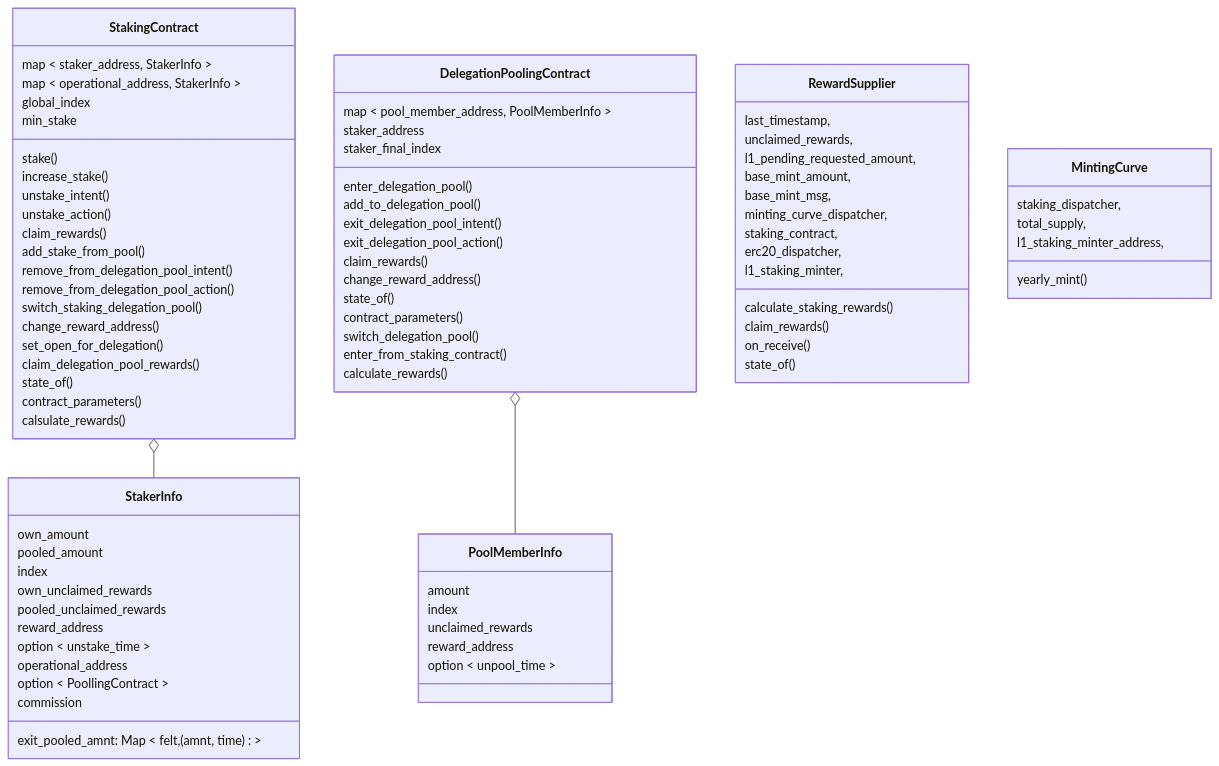
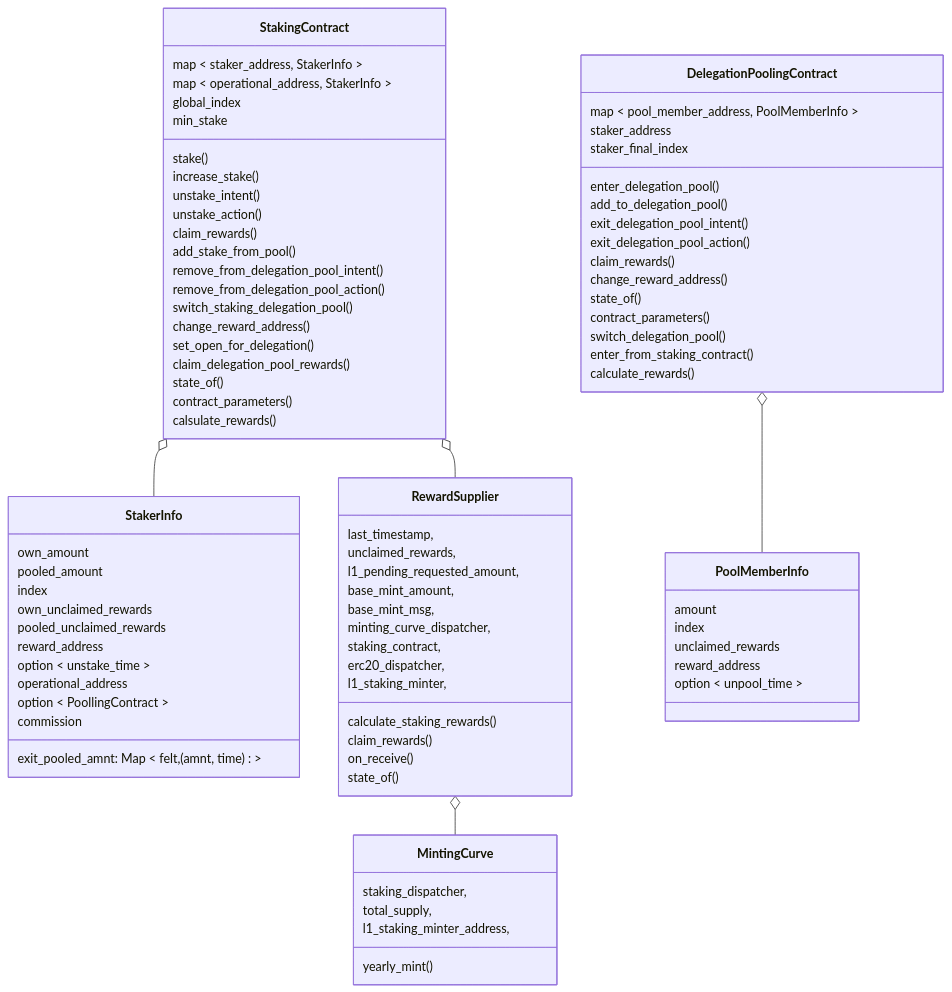
One commit to starkware-libs/starknet-staking changed the first of 7 diagrams in workspace/apps/staking/docs/spec.md. Above: the diagram before and after it, drawn with Mermaid. The commit also changed other lines of this file, not shown here.

Commit message:
chore(staking): reward supplier spec, claim_rewards function (#1686)

````diff
--- a/workspace/apps/staking/docs/spec.md
+++ b/workspace/apps/staking/docs/spec.md
@@ -203,4 +203,6 @@
   }
   StakingContract o-- StakerInfo
   DelegationPoolingContract o-- PoolMemberInfo
+  StakingContract o-- RewardSupplier
+  RewardSupplier o-- MintingCurve
 ```
````
